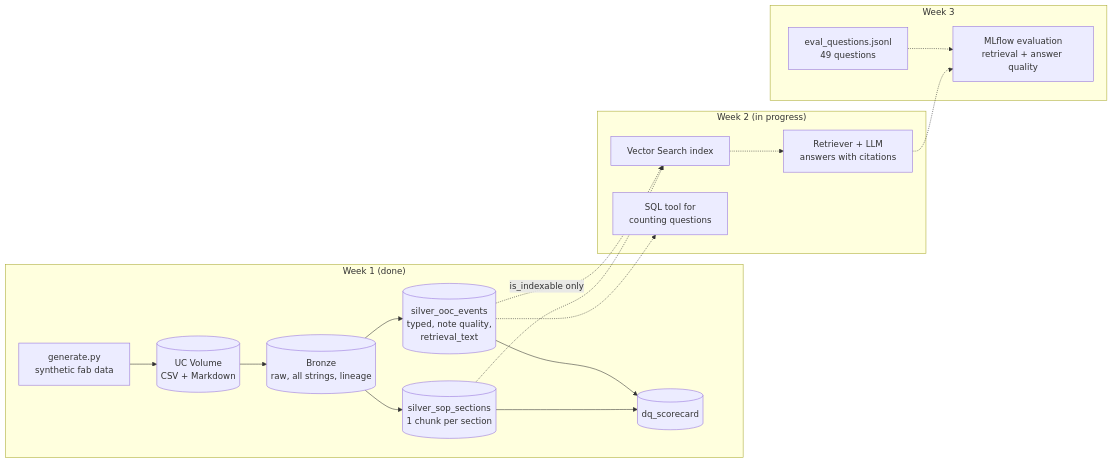
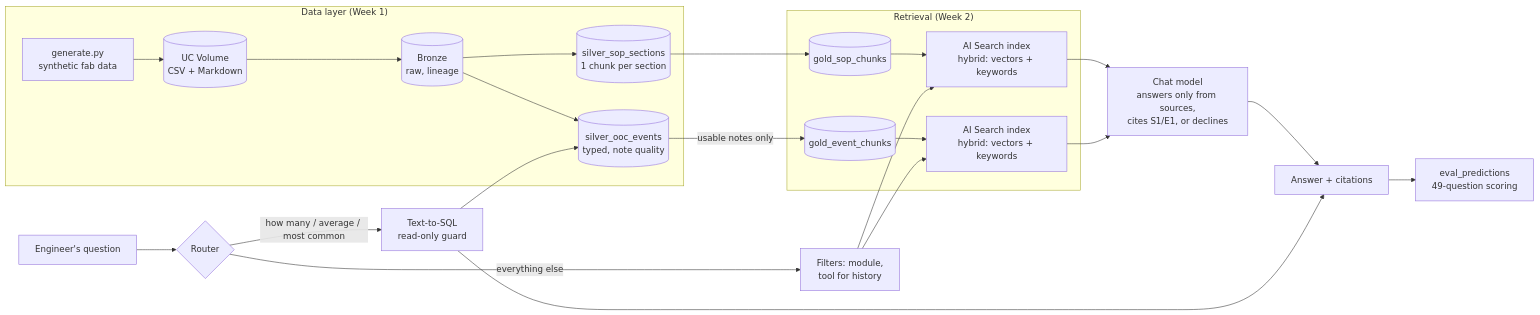
One commit to BensonAnalyst/fab-troubleshooting-assistant changed the diagram in README.md. Above: the diagram before and after it, drawn with Mermaid. The commit also changed other lines of this file and 10 other files, not shown here.

````diff
--- a/README.md
+++ b/README.md
@@ -32,21 +32,22 @@
 ```mermaid
 flowchart LR
-  subgraph W1["Week 1 (done)"]
+  subgraph Data["Data layer (Week 1)"]
     G[generate.py<br/>synthetic fab data] --> V[(UC Volume<br/>CSV + Markdown)]
-    V --> B[(Bronze<br/>raw, all strings, lineage)]
-    B --> S1[(silver_ooc_events<br/>typed, note quality,<br/>retrieval_text)]
+    V --> B[(Bronze<br/>raw, lineage)]
+    B --> S1[(silver_ooc_events<br/>typed, note quality)]
     B --> S2[(silver_sop_sections<br/>1 chunk per section)]
-    S1 --> DQ[(dq_scorecard)]
-    S2 --> DQ
   end
-  subgraph W2["Week 2 (in progress)"]
-    S1 -.->|is_indexable only| VS[Vector Search index]
-    S2 -.-> VS
-    VS -.-> R[Retriever + LLM<br/>answers with citations]
-    S1 -.-> SQL[SQL tool for<br/>counting questions]
+  subgraph Retrieval["Retrieval (Week 2)"]
+    S1 -->|usable notes only| GE[(gold_event_chunks)]
+    S2 --> GS[(gold_sop_chunks)]
+    GE --> IE[AI Search index<br/>hybrid: vectors + keywords]
+    GS --> IS[AI Search index<br/>hybrid: vectors + keywords]
   end
-  subgraph W3["Week 3"]
-    E[eval_questions.jsonl<br/>49 questions] -.-> M[MLflow evaluation<br/>retrieval + answer quality]
-    R -.-> M
-  end
+  Q[Engineer's question] --> RT{Router}
+  RT -->|"how many / average / most common"| SQL[Text-to-SQL<br/>read-only guard] --> S1
+  RT -->|everything else| F[Filters: module,<br/>tool for history] --> IS & IE
+  IS & IE --> LLM[Chat model<br/>answers only from sources,<br/>cites S1/E1, or declines]
+  LLM --> A[Answer + citations]
+  SQL --> A
+  A --> EV[eval_predictions<br/>49-question scoring]
 ```
````
